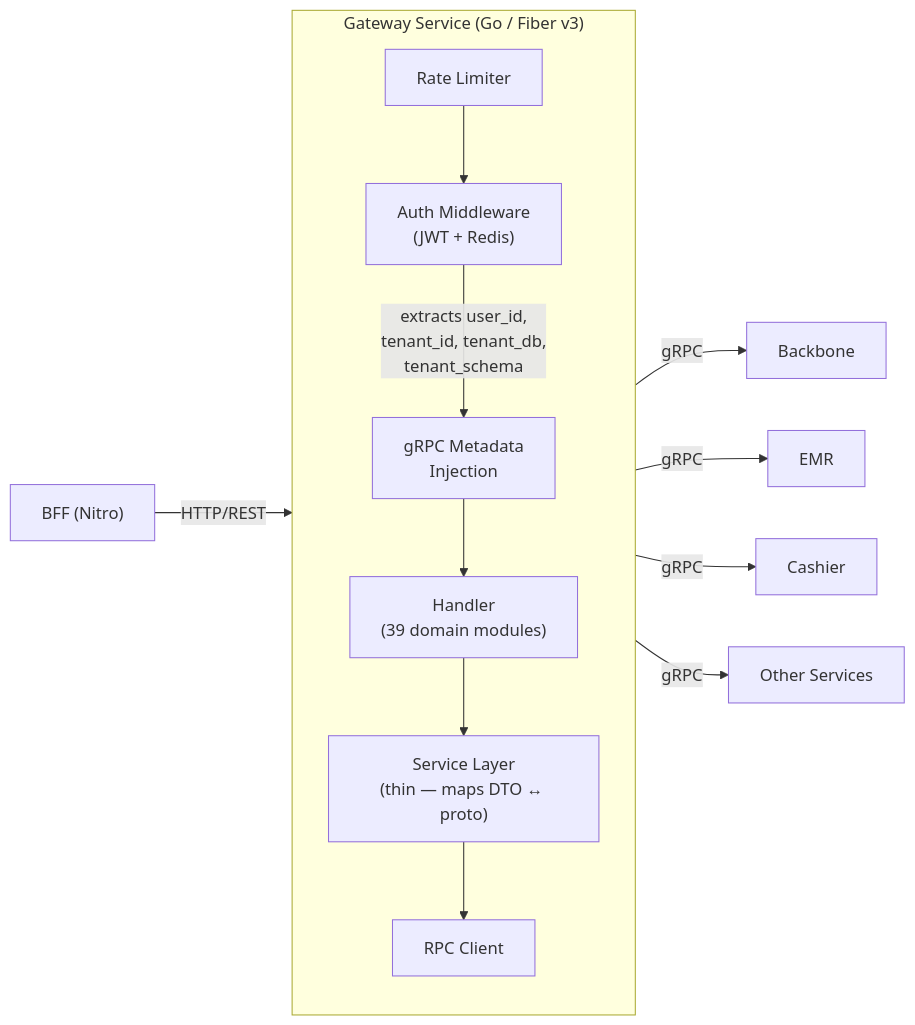
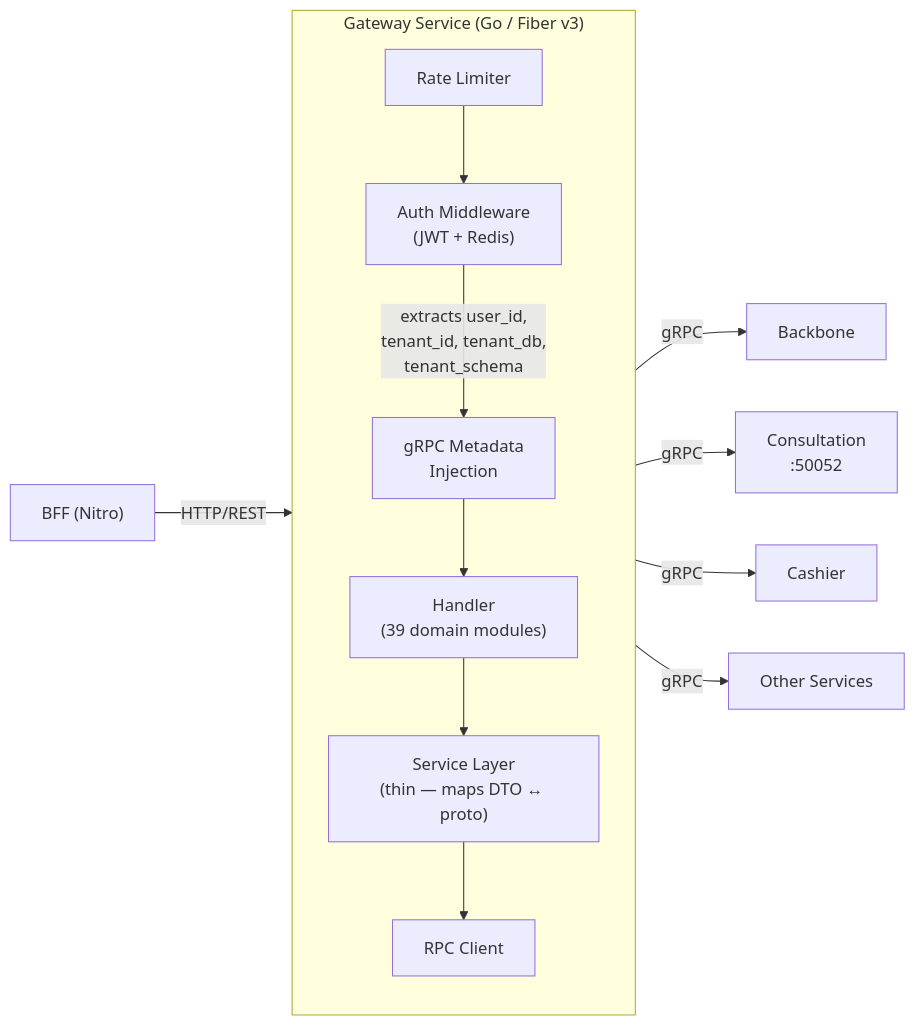
One commit to Kalpa-Health/kalpa-docs changed the second of 6 diagrams in wellmed-system-architecture.md. Above: the diagram before and after it, drawn with Mermaid. The commit also changed other lines of this file and 34 other files, not shown here.

````diff
--- a/wellmed-system-architecture.md
+++ b/wellmed-system-architecture.md
@@ -124,23 +130,23 @@
 ```mermaid
 flowchart LR
     subgraph GatewayInternals["Gateway Service (Go / Fiber v3)"]
         direction TB
         RL["Rate Limiter"]
         AUTH["Auth Middleware\n(JWT + Redis)"]
         GRPCM["gRPC Metadata\nInjection"]
         H["Handler\n(39 domain modules)"]
         S["Service Layer\n(thin — maps DTO ↔ proto)"]
         RPC["RPC Client"]
     end
 
     BFF["BFF (Nitro)"] -->|"HTTP/REST"| RL
     RL --> AUTH
     AUTH -->|"extracts user_id,\ntenant_id, tenant_db,\ntenant_schema"| GRPCM
     GRPCM --> H
     H --> S
     S --> RPC
     RPC -->|"gRPC"| BB["Backbone"]
-    RPC -->|"gRPC"| EMR["EMR"]
+    RPC -->|"gRPC"| CON["Consultation\n:50052"]
     RPC -->|"gRPC"| CASH["Cashier"]
     RPC -->|"gRPC"| OTHER["Other Services"]
 ```
````
